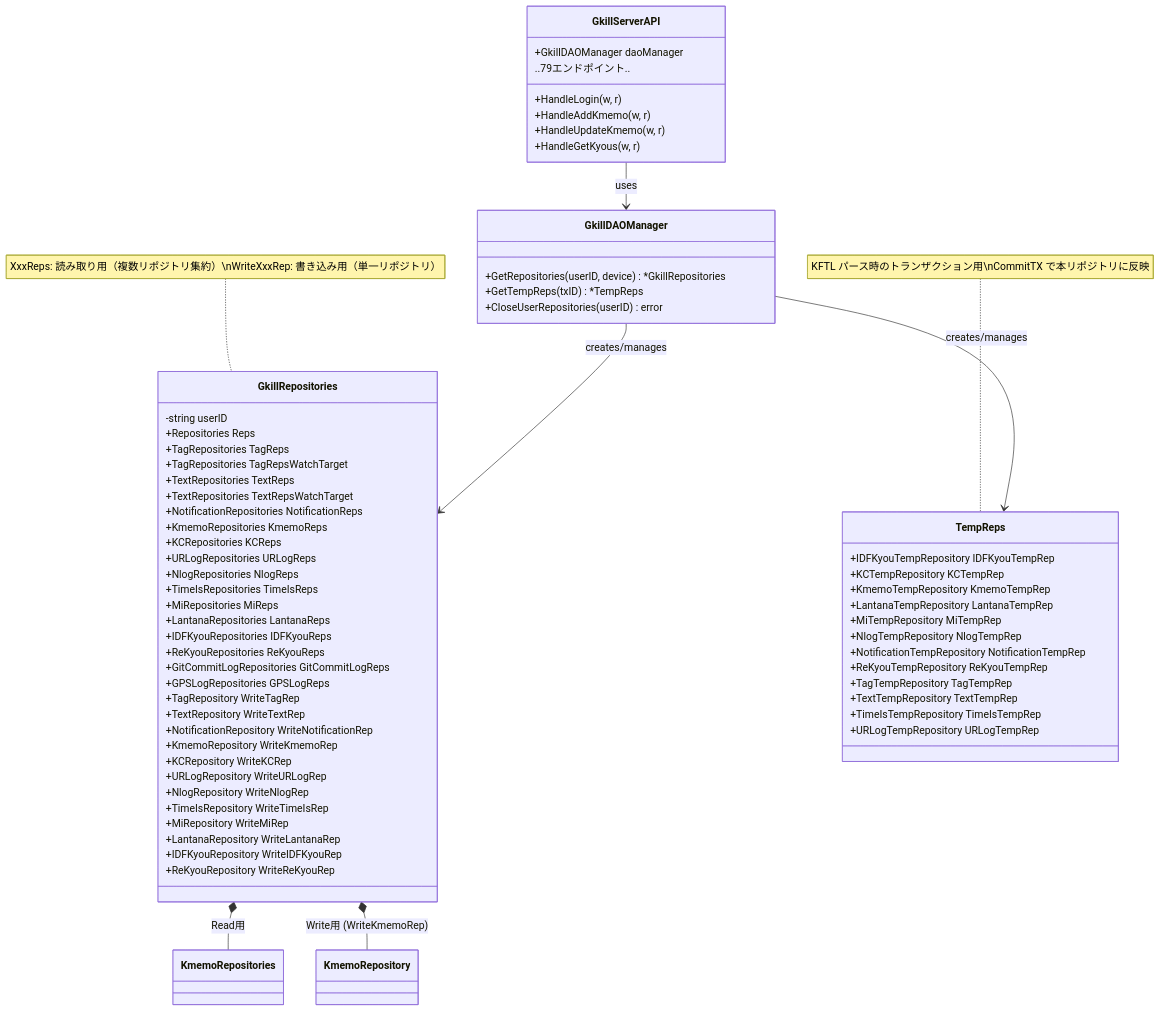
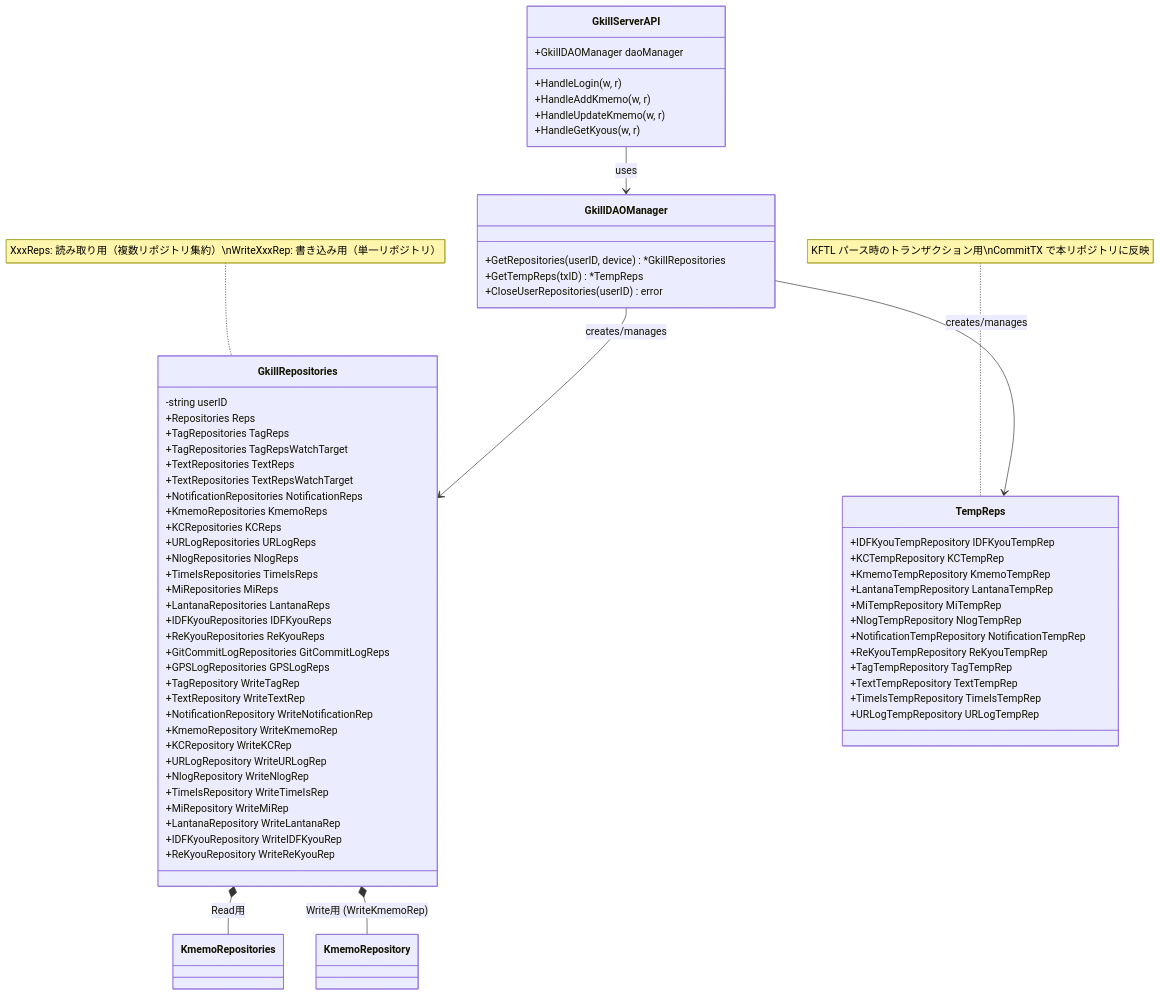
Before and after one commit to mt3hr/gkill: the third of 6 diagrams in documents/reverse/class-diagrams.md, drawn with Mermaid. The commit also changed other lines of this file and 40 other files, not shown here.

````diff
--- a/documents/reverse/class-diagrams.md
+++ b/documents/reverse/class-diagrams.md
@@ -285,74 +285,74 @@
 ```mermaid
 classDiagram
     class GkillRepositories {
         -string userID
         +Repositories Reps
         +TagRepositories TagReps
         +TagRepositories TagRepsWatchTarget
         +TextRepositories TextReps
         +TextRepositories TextRepsWatchTarget
         +NotificationRepositories NotificationReps
         +KmemoRepositories KmemoReps
         +KCRepositories KCReps
         +URLogRepositories URLogReps
         +NlogRepositories NlogReps
         +TimeIsRepositories TimeIsReps
         +MiRepositories MiReps
         +LantanaRepositories LantanaReps
         +IDFKyouRepositories IDFKyouReps
         +ReKyouRepositories ReKyouReps
         +GitCommitLogRepositories GitCommitLogReps
         +GPSLogRepositories GPSLogReps
         +TagRepository WriteTagRep
         +TextRepository WriteTextRep
         +NotificationRepository WriteNotificationRep
         +KmemoRepository WriteKmemoRep
         +KCRepository WriteKCRep
         +URLogRepository WriteURLogRep
         +NlogRepository WriteNlogRep
         +TimeIsRepository WriteTimeIsRep
         +MiRepository WriteMiRep
         +LantanaRepository WriteLantanaRep
         +IDFKyouRepository WriteIDFKyouRep
         +ReKyouRepository WriteReKyouRep
     }
 
     class TempReps {
         +IDFKyouTempRepository IDFKyouTempRep
         +KCTempRepository KCTempRep
         +KmemoTempRepository KmemoTempRep
         +LantanaTempRepository LantanaTempRep
         +MiTempRepository MiTempRep
         +NlogTempRepository NlogTempRep
         +NotificationTempRepository NotificationTempRep
         +ReKyouTempRepository ReKyouTempRep
         +TagTempRepository TagTempRep
         +TextTempRepository TextTempRep
         +TimeIsTempRepository TimeIsTempRep
         +URLogTempRepository URLogTempRep
     }
 
     class GkillDAOManager {
         +GetRepositories(userID, device) *GkillRepositories
         +GetTempReps(txID) *TempReps
         +CloseUserRepositories(userID) error
     }
 
     class GkillServerAPI {
         +GkillDAOManager daoManager
         +HandleLogin(w, r)
         +HandleAddKmemo(w, r)
         +HandleUpdateKmemo(w, r)
         +HandleGetKyous(w, r)
-        ..79エンドポイント..
+        %% 残り80エンドポイント省略（合計84）
     }
 
     GkillServerAPI --> GkillDAOManager : uses
     GkillDAOManager --> GkillRepositories : creates/manages
     GkillDAOManager --> TempReps : creates/manages
     GkillRepositories *-- KmemoRepositories : Read用
     GkillRepositories *-- KmemoRepository : Write用 (WriteKmemoRep)
 
     note for GkillRepositories "XxxReps: 読み取り用（複数リポジトリ集約）\nWriteXxxRep: 書き込み用（単一リポジトリ）"
     note for TempReps "KFTL パース時のトランザクション用\nCommitTX で本リポジトリに反映"
 ```
````
